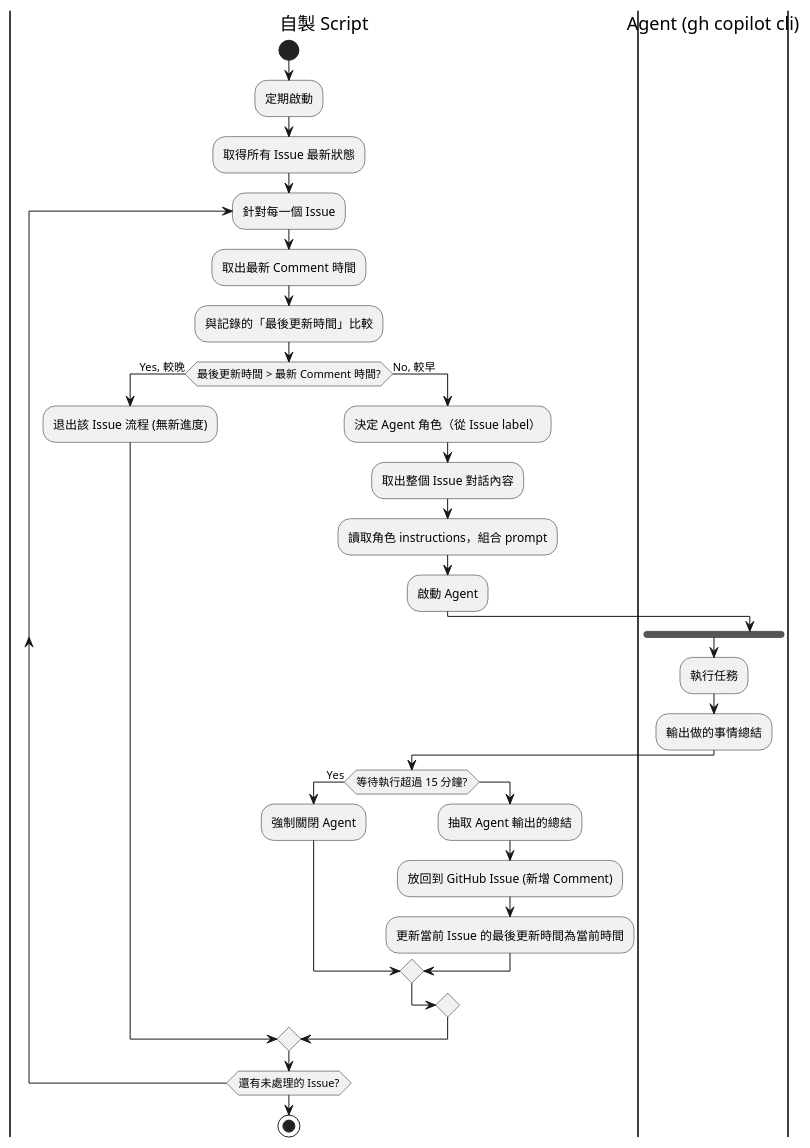
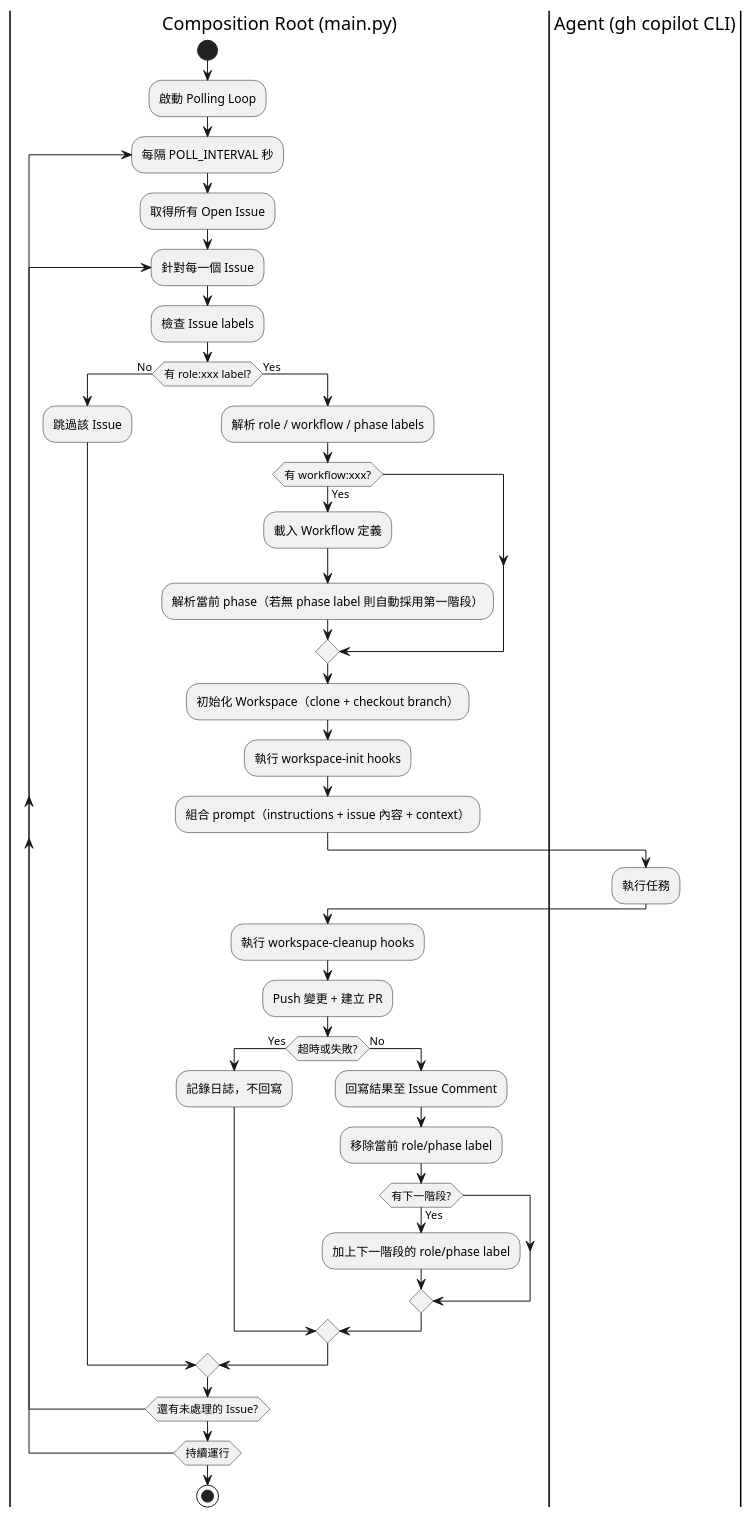
The diagram in docs/01-requirements.md (FATESAIKOU/LearnGhAgent), drawn with PlantUML before and after one commit. The commit also changed other lines of this file and 5 other files, not shown here.

````diff
--- a/docs/01-requirements.md
+++ b/docs/01-requirements.md
@@ -38,41 +44,51 @@
 ```plantuml
 @startuml
 skinparam defaultFontName sans-serif
-skinparam conditionStyle inside
 
-|自製 Script|
+|Composition Root (main.py)|
 start
-:定期啟動;
-:取得所有 Issue 最新狀態;
+:啟動 Polling Loop;
 
-repeat :針對每一個 Issue;
-  :取出最新 Comment 時間;
-  :與記錄的「最後更新時間」比較;
+repeat :每隔 POLL_INTERVAL 秒;
+  :取得所有 Open Issue;
 
-  if (最後更新時間 > 最新 Comment 時間?) then (Yes, 較晚)
-    :退出該 Issue 流程 (無新進度);
-  else (No, 較早)
-    :決定 Agent 角色（從 Issue label）;
-    :取出整個 Issue 對話內容;
-    :讀取角色 instructions，組合 prompt;
-    :啟動 Agent;
-    
-    fork
-      |Agent (gh copilot cli)|
+  repeat :針對每一個 Issue;
+    :檢查 Issue labels;
+
+    if (有 role:xxx label?) then (No)
+      :跳過該 Issue;
+    else (Yes)
+      :解析 role / workflow / phase labels;
+
+      if (有 workflow:xxx?) then (Yes)
+        :載入 Workflow 定義;
+        :解析當前 phase（若無 phase label 則自動採用第一階段）;
+      endif
+
+      :初始化 Workspace（clone + checkout branch）;
+      :執行 workspace-init hooks;
+      :組合 prompt（instructions + issue 內容 + context）;
+
+      |Agent (gh copilot CLI)|
       :執行任務;
-      :輸出做的事情總結;
-      |自製 Script|
-      if (等待執行超過 15 分鐘?) then (Yes)
-        :強制關閉 Agent;
-      else
-        :抽取 Agent 輸出的總結;
-        :放回到 GitHub Issue (新增 Comment);
-        :更新當前 Issue 的最後更新時間為當前時間;
+      |Composition Root (main.py)|
+
+      :執行 workspace-cleanup hooks;
+      :Push 變更 + 建立 PR;
+
+      if (超時或失敗?) then (Yes)
+        :記錄日誌，不回寫;
+      else (No)
+        :回寫結果至 Issue Comment;
+        :移除當前 role/phase label;
+        if (有下一階段?) then (Yes)
+          :加上下一階段的 role/phase label;
+        endif
       endif
-    end merge
-  endif
-repeat while (還有未處理的 Issue?)
+    endif
+  repeat while (還有未處理的 Issue?)
+repeat while (持續運行)
 
 stop
 @enduml
 ```
````
